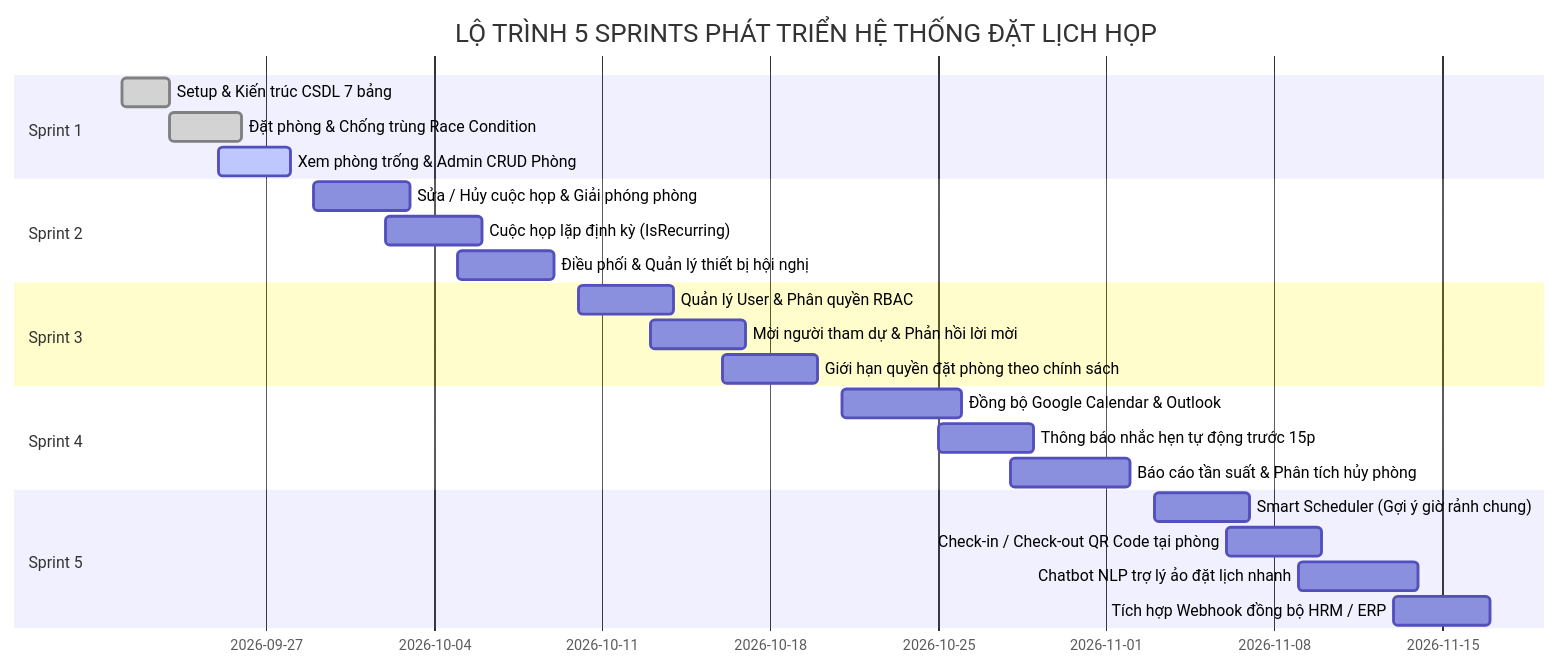
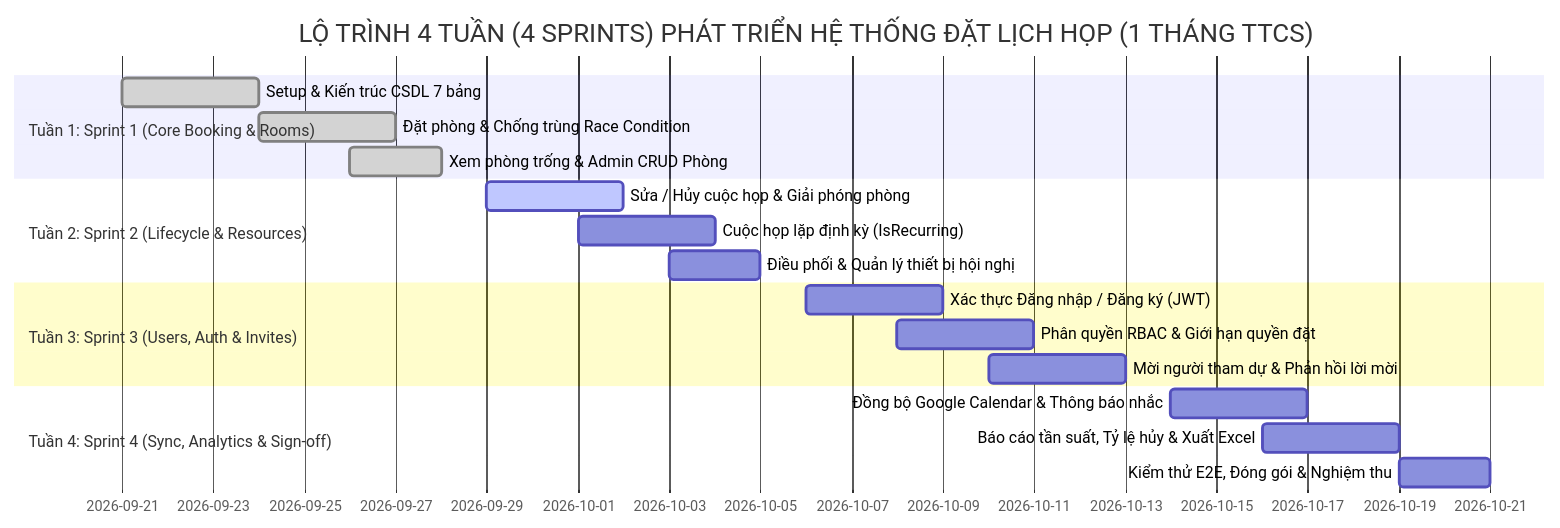
The first of 9 diagrams in docs/LUONG_HOAT_DONG_HE_THONG.md (mrminh836/TTCS_T926_K16C2_N3), drawn with Mermaid before and after one commit. The commit also changed other lines of this file and 6 other files, not shown here.

````diff
--- a/docs/LUONG_HOAT_DONG_HE_THONG.md
+++ b/docs/LUONG_HOAT_DONG_HE_THONG.md
@@ -41,26 +41,21 @@
 ```mermaid
 gantt
-    title LỘ TRÌNH 5 SPRINTS PHÁT TRIỂN HỆ THỐNG ĐẶT LỊCH HỌP
+    title LỘ TRÌNH 4 TUẦN (4 SPRINTS) PHÁT TRIỂN HỆ THỐNG ĐẶT LỊCH HỌP (1 THÁNG TTCS)
     dateFormat  YYYY-MM-DD
-    section Sprint 1
-    Setup & Kiến trúc CSDL 7 bảng            :done, s1_1, 2026-09-21, 2026-09-23
-    Đặt phòng & Chống trùng Race Condition  :done, s1_2, 2026-09-23, 2026-09-26
-    Xem phòng trống & Admin CRUD Phòng       :active, s1_3, 2026-09-25, 2026-09-28
-    section Sprint 2
-    Sửa / Hủy cuộc họp & Giải phóng phòng    :s2_1, 2026-09-29, 2026-10-03
-    Cuộc họp lặp định kỳ (IsRecurring)      :s2_2, 2026-10-02, 2026-10-06
-    Điều phối & Quản lý thiết bị hội nghị    :s2_3, 2026-10-05, 2026-10-09
-    section Sprint 3
-    Quản lý User & Phân quyền RBAC           :s3_1, 2026-10-10, 2026-10-14
-    Mời người tham dự & Phản hồi lời mời    :s3_2, 2026-10-13, 2026-10-17
-    Giới hạn quyền đặt phòng theo chính sách :s3_3, 2026-10-16, 2026-10-20
-    section Sprint 4
-    Đồng bộ Google Calendar & Outlook        :s4_1, 2026-10-21, 2026-10-26
-    Thông báo nhắc hẹn tự động trước 15p     :s4_2, 2026-10-25, 2026-10-29
-    Báo cáo tần suất & Phân tích hủy phòng   :s4_3, 2026-10-28, 2026-11-02
-    section Sprint 5
-    Smart Scheduler (Gợi ý giờ rảnh chung)   :s5_1, 2026-11-03, 2026-11-07
-    Check-in / Check-out QR Code tại phòng   :s5_2, 2026-11-06, 2026-11-10
-    Chatbot NLP trợ lý ảo đặt lịch nhanh     :s5_3, 2026-11-09, 2026-11-14
-    Tích hợp Webhook đồng bộ HRM / ERP       :s5_4, 2026-11-13, 2026-11-17
+    section Tuần 1: Sprint 1 (Core Booking & Rooms)
+    Setup & Kiến trúc CSDL 7 bảng            :done, s1_1, 2026-09-21, 2026-09-24
+    Đặt phòng & Chống trùng Race Condition  :done, s1_2, 2026-09-24, 2026-09-27
+    Xem phòng trống & Admin CRUD Phòng       :done, s1_3, 2026-09-26, 2026-09-28
+    section Tuần 2: Sprint 2 (Lifecycle & Resources)
+    Sửa / Hủy cuộc họp & Giải phóng phòng    :active, s2_1, 2026-09-29, 2026-10-02
+    Cuộc họp lặp định kỳ (IsRecurring)      :s2_2, 2026-10-01, 2026-10-04
+    Điều phối & Quản lý thiết bị hội nghị    :s2_3, 2026-10-03, 2026-10-05
+    section Tuần 3: Sprint 3 (Users, Auth & Invites)
+    Xác thực Đăng nhập / Đăng ký (JWT)       :s3_1, 2026-10-06, 2026-10-09
+    Phân quyền RBAC & Giới hạn quyền đặt     :s3_2, 2026-10-08, 2026-10-11
+    Mời người tham dự & Phản hồi lời mời    :s3_3, 2026-10-10, 2026-10-13
+    section Tuần 4: Sprint 4 (Sync, Analytics & Sign-off)
+    Đồng bộ Google Calendar & Thông báo nhắc :s4_1, 2026-10-14, 2026-10-17
+    Báo cáo tần suất, Tỷ lệ hủy & Xuất Excel :s4_2, 2026-10-16, 2026-10-19
+    Kiểm thử E2E, Đóng gói & Nghiệm thu      :s4_3, 2026-10-19, 2026-10-21
 ```
````
